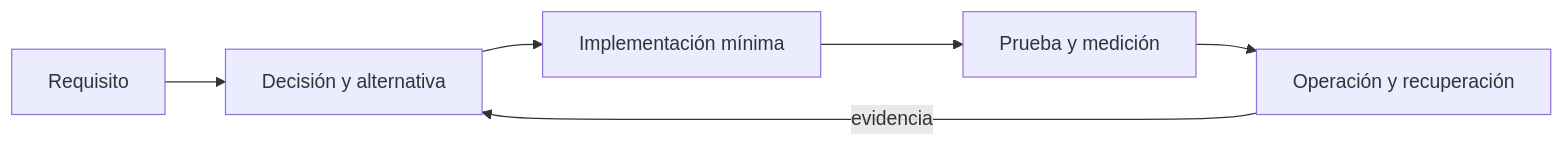
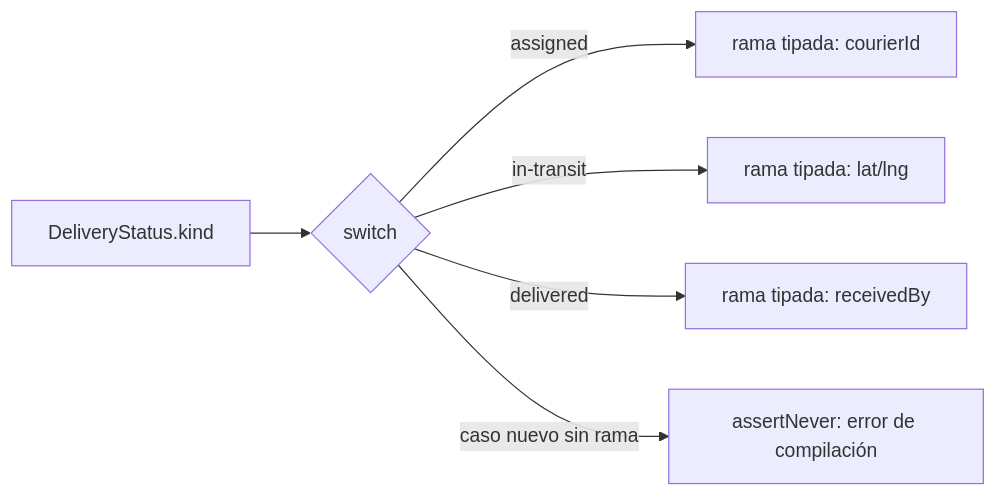
One commit to NICORUIZ93/Academia_Floci changed the first of 10 diagrams in web/public/content/javascript/modulo-14.md. Above: the diagram before and after it, drawn with Mermaid. The commit also changed other lines of this file and 56 other files, not shown here.

````diff
--- a/web/public/content/javascript/modulo-14.md
+++ b/web/public/content/javascript/modulo-14.md
@@ -34,8 +32,8 @@
 ```mermaid
 flowchart LR
-  A[Requisito] --> B[Decisión y alternativa]
-  B --> C[Implementación mínima]
-  C --> D[Prueba y medición]
-  D --> E[Operación y recuperación]
-  E -->|evidencia| B
+  A["DeliveryStatus.kind"] --> B{switch}
+  B -->|assigned| C[rama tipada: courierId]
+  B -->|in-transit| D[rama tipada: lat/lng]
+  B -->|delivered| E[rama tipada: receivedBy]
+  B -->|caso nuevo sin rama| F["assertNever: error de compilación"]
 ```
````
